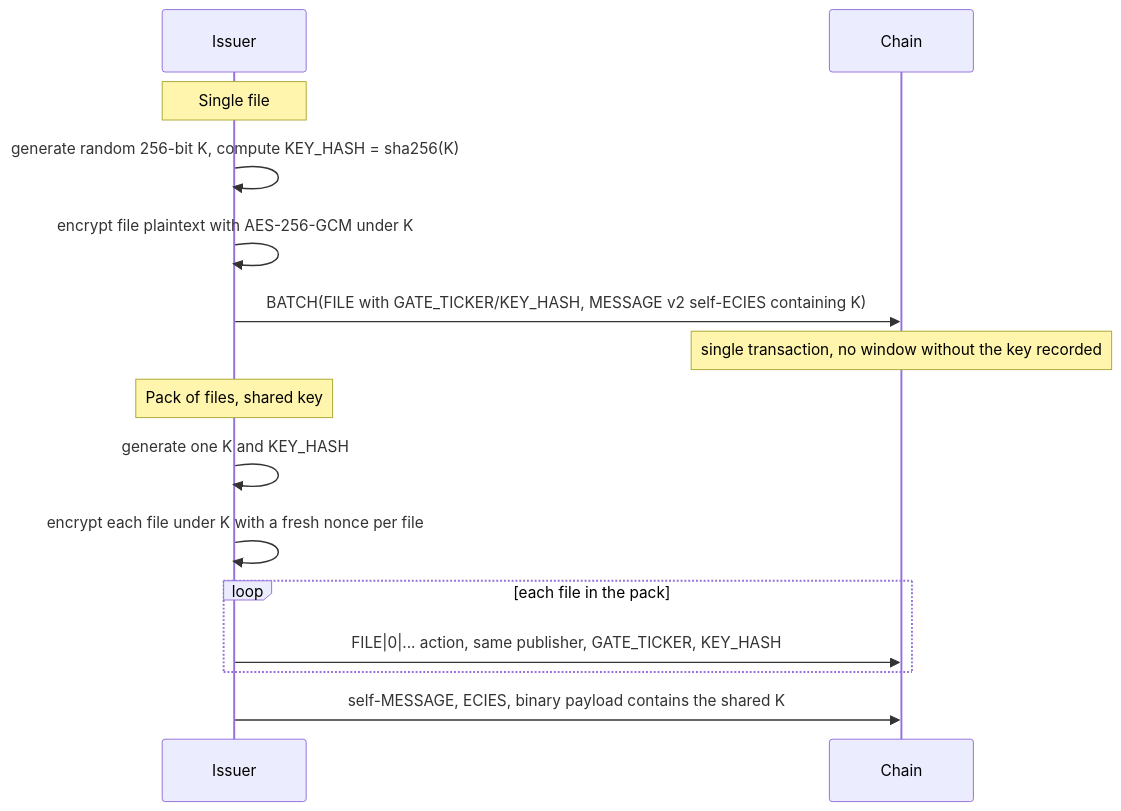
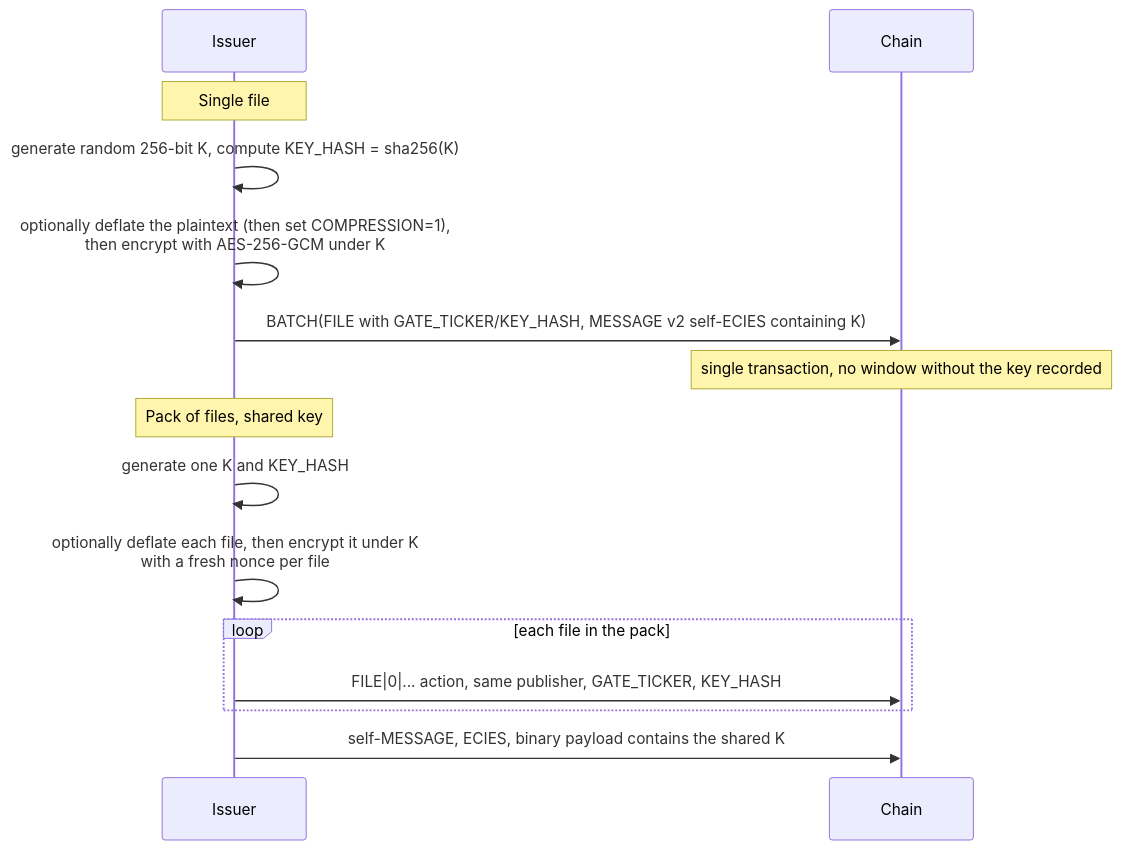
Before and after one commit to XChain-Platform/xchain-documentation: the first of 2 diagrams in protocol/token-gated-content.md, drawn with Mermaid. The commit also changed other lines of this file and 120 other files, not shown here.

````diff
--- a/protocol/token-gated-content.md
+++ b/protocol/token-gated-content.md
@@ -55,19 +55,19 @@
 ```mermaid
 sequenceDiagram
     participant Issuer
     participant Chain
 
     Note over Issuer: Single file
     Issuer->>Issuer: generate random 256-bit K, compute KEY_HASH = sha256(K)
-    Issuer->>Issuer: encrypt file plaintext with AES-256-GCM under K
+    Issuer->>Issuer: optionally deflate the plaintext (then set COMPRESSION=1),<br>then encrypt with AES-256-GCM under K
     Issuer->>Chain: BATCH(FILE with GATE_TICKER/KEY_HASH, MESSAGE v2 self-ECIES containing K)
     Note over Chain: single transaction, no window without the key recorded
 
     Note over Issuer: Pack of files, shared key
     Issuer->>Issuer: generate one K and KEY_HASH
-    Issuer->>Issuer: encrypt each file under K with a fresh nonce per file
+    Issuer->>Issuer: optionally deflate each file, then encrypt it under K<br>with a fresh nonce per file
     loop each file in the pack
         Issuer->>Chain: FILE|0|... action, same publisher, GATE_TICKER, KEY_HASH
     end
     Issuer->>Chain: self-MESSAGE, ECIES, binary payload contains the shared K
 ```
````
